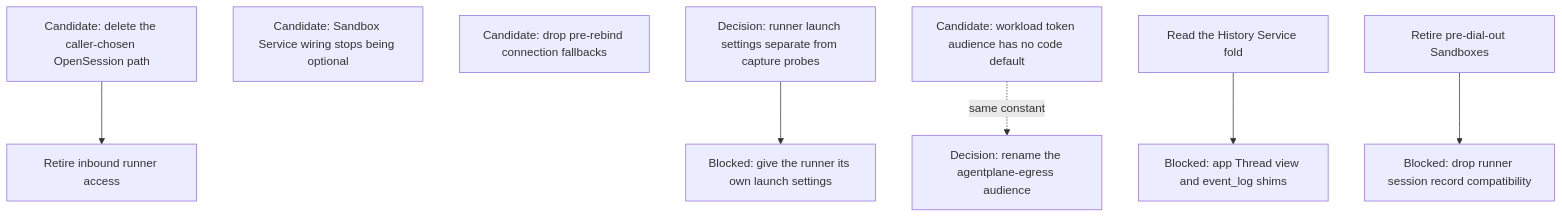
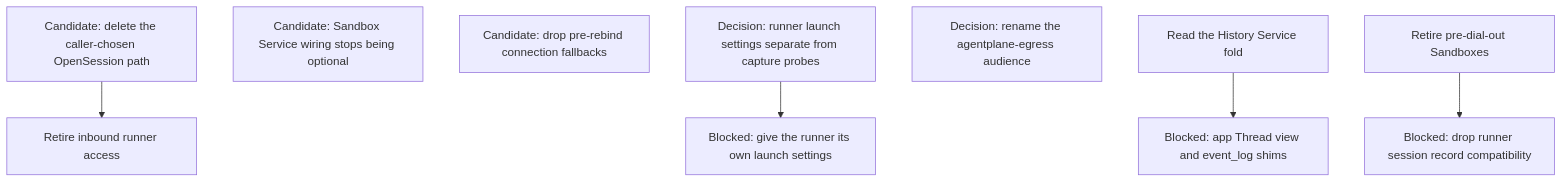
Before and after one commit to agentydragon-agent/ducktape: diagram 11 of 11 in agentplane/plans/task_dag.md, drawn with Mermaid. The commit also changed other lines of this file and 20 other files, not shown here.

````diff
--- a/agentplane/plans/task_dag.md
+++ b/agentplane/plans/task_dag.md
@@ -1027,20 +1027,18 @@
 ```mermaid
 flowchart TD
     OPEN_SESSION_RETIRE[Candidate: delete the caller-chosen OpenSession path]
     SANDBOX_SERVICE_RESOURCES_REQUIRED[Candidate: Sandbox Service wiring stops being optional]
     ACTION_CONNECTION_REBIND_SHIMS[Candidate: drop pre-rebind connection fallbacks]
     RUNNER_LAUNCH_SETTINGS[Decision: runner launch settings separate from capture probes]
-    WORKLOAD_AUDIENCE_DEFAULTS[Candidate: workload token audience has no code default]
     WORKLOAD_AUDIENCE_RENAME[Decision: rename the agentplane-egress audience]
     APP_THREAD_VIEW_CLEANUP[Blocked: app Thread view and event_log shims]
     RUNNER_INBOUND_RETIRE[Retire inbound runner access]
     FOLD_READ_CUTOVER[Read the History Service fold]
     OPEN_SESSION_RETIRE --> RUNNER_INBOUND_RETIRE
     RUNNER_LAUNCH_SETTINGS_SPLIT[Blocked: give the runner its own launch settings]
     RUNNER_LAUNCH_SETTINGS --> RUNNER_LAUNCH_SETTINGS_SPLIT
-    WORKLOAD_AUDIENCE_DEFAULTS -. same constant .-> WORKLOAD_AUDIENCE_RENAME
     FOLD_READ_CUTOVER --> APP_THREAD_VIEW_CLEANUP
     RUNNER_SESSION_RECORD_SHIMS[Blocked: drop runner session record compatibility]
     LEGACY_SANDBOX_RETIRE[Retire pre-dial-out Sandboxes]
     LEGACY_SANDBOX_RETIRE --> RUNNER_SESSION_RECORD_SHIMS
 ```
````
